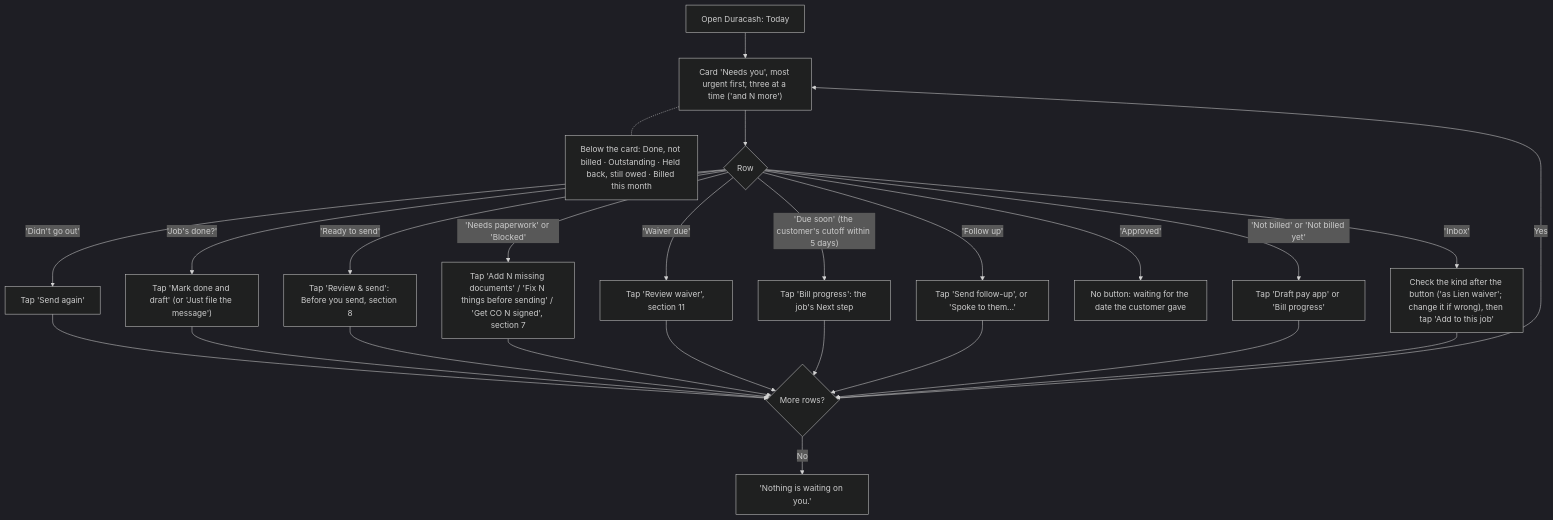
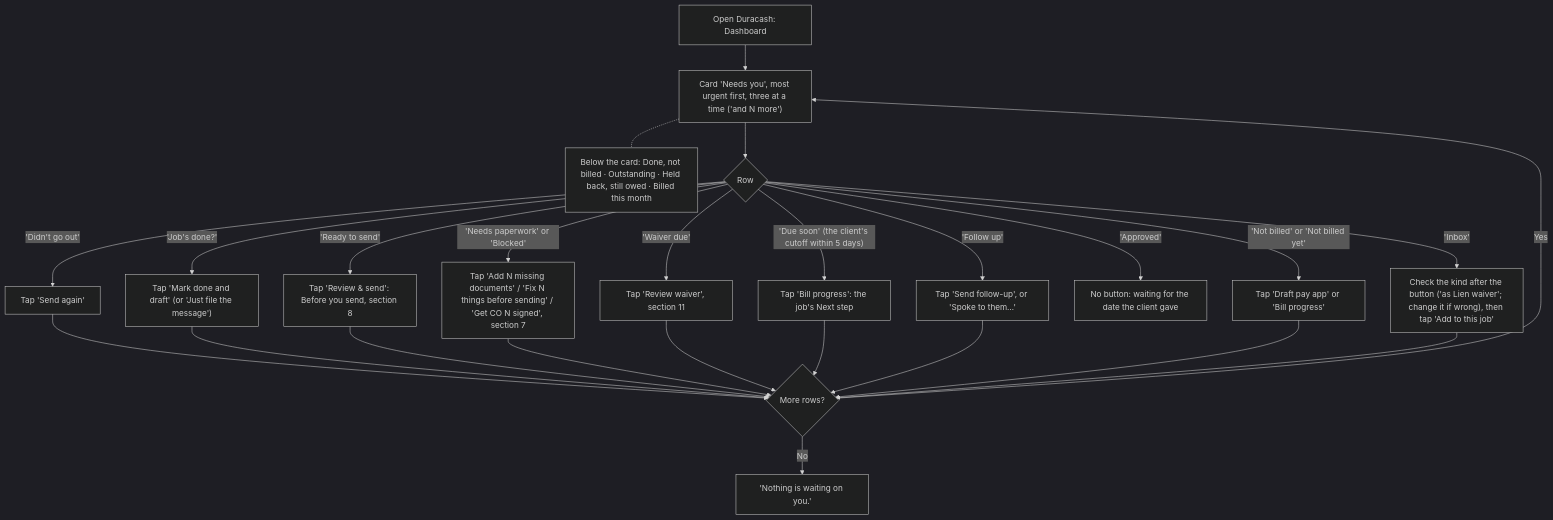
Diagram 14 of 15 in docs/client-flows.md (cartwrightstephen/billdable), drawn with Mermaid (dark theme) before and after one commit. The commit also changed other lines of this file, not shown here.

First line of the commit message:
Flows doc: the seven sections, Client wording, and references to the split modules

````diff
--- a/docs/client-flows.md
+++ b/docs/client-flows.md
@@ -495,27 +499,27 @@
 ```mermaid
 flowchart TD
-    A["Open Duracash: Today"] --> C["Card 'Needs you', most urgent first, three at a time ('and N more')"]
+    A["Open Duracash: Dashboard"] --> C["Card 'Needs you', most urgent first, three at a time ('and N more')"]
     C -.- B["Below the card: Done, not billed · Outstanding · Held back, still owed · Billed this month"]
     C --> D{"Row"}
     D -->|"'Didn't go out'"| D1["Tap 'Send again'"]
     D -->|"'Job's done?'"| E["Tap 'Mark done and draft' (or 'Just file the message')"]
     D -->|"'Ready to send'"| F["Tap 'Review & send': Before you send, section 8"]
     D -->|"'Waiver due'"| H["Tap 'Review waiver', section 11"]
-    D -->|"'Due soon' (the customer's cutoff within 5 days)"| I["Tap 'Bill progress': the job's Next step"]
+    D -->|"'Due soon' (the client's cutoff within 5 days)"| I["Tap 'Bill progress': the job's Next step"]
     D -->|"'Needs paperwork' or 'Blocked'"| G["Tap 'Add N missing documents' / 'Fix N things before sending' / 'Get CO N signed', section 7"]
     D -->|"'Follow up'"| J["Tap 'Send follow-up', or 'Spoke to them…'"]
-    D -->|"'Approved'"| J2["No button: waiting for the date the customer gave"]
+    D -->|"'Approved'"| J2["No button: waiting for the date the client gave"]
     D -->|"'Not billed' or 'Not billed yet'"| K["Tap 'Draft pay app' or 'Bill progress'"]
     D -->|"'Inbox'"| L["Check the kind after the button ('as Lien waiver'; change it if wrong), then tap 'Add to this job'"]
     D1 --> M{"More rows?"}
     E --> M
     F --> M
     G --> M
     H --> M
     I --> M
     J --> M
     K --> M
     L --> M
     M -->|"Yes"| C
     M -->|"No"| N["'Nothing is waiting on you.'"]
 ```
````
